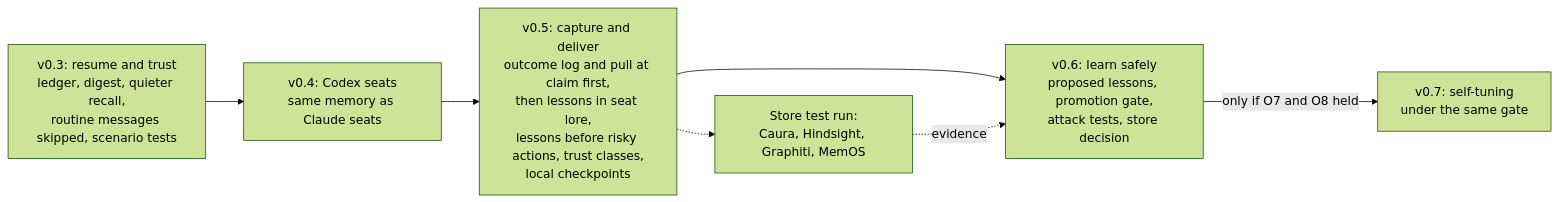
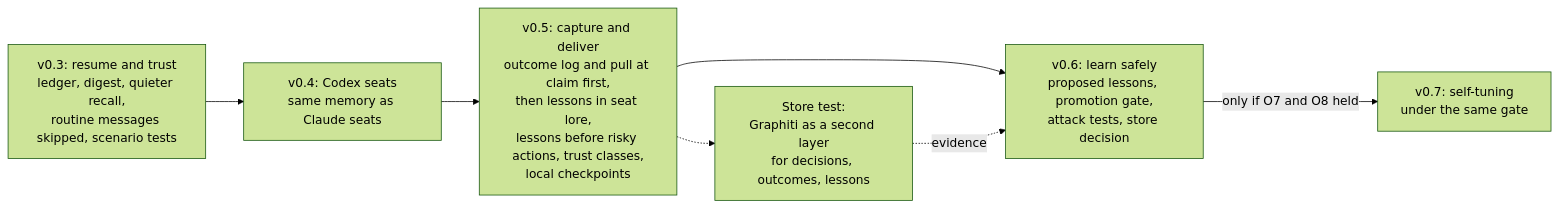
Before and after one commit to GravLabs/openrig-honcho: the fifth of 5 diagrams in docs/ARCHITECTURE.md, drawn with Mermaid (forest theme). The commit also changed 13 other files, not shown here.

````diff
--- a/docs/ARCHITECTURE.md
+++ b/docs/ARCHITECTURE.md
@@ -142,13 +142,13 @@
 ```mermaid
 flowchart LR
   V3["v0.3: resume and trust<br/>ledger, digest, quieter recall,<br/>routine messages skipped, scenario tests"]
   V4["v0.4: Codex seats<br/>same memory as Claude seats"]
   V5["v0.5: capture and deliver<br/>outcome log and pull at claim first,<br/>then lessons in seat lore,<br/>lessons before risky actions, trust classes,<br/>local checkpoints"]
   V6["v0.6: learn safely<br/>proposed lessons, promotion gate,<br/>attack tests, store decision"]
   V7["v0.7: self-tuning<br/>under the same gate"]
-  ST["Store test run:<br/>Caura, Hindsight, Graphiti, MemOS"]
+  ST["Store test:<br/>Graphiti as a second layer<br/>for decisions, outcomes, lessons"]
   V3 --> V4 --> V5 --> V6
   V6 -- "only if O7 and O8 held" --> V7
   V5 -.-> ST
   ST -. "evidence" .-> V6
 ```
````
